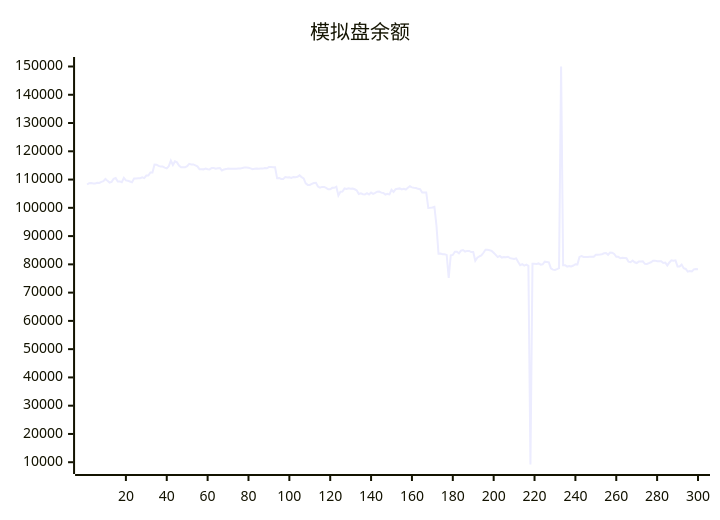
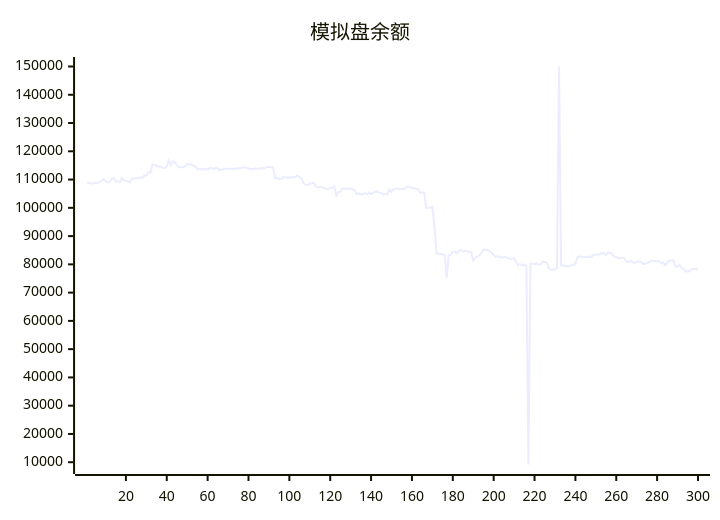
The diagram in README.md (aahl/ai-trading), drawn with Mermaid before and after one commit. The commit also changed other lines of this file and 1 other file, not shown here.

````diff
--- a/README.md
+++ b/README.md
@@ -5,5 +5,5 @@
 ```mermaid
 xychart
     title "模拟盘余额"
-    line [108262,108718,108752,108644,108644,108863,108823,109162,109419,110224,109539,108945,109172,110262,110546,109304,109343,109053,110606,109702,109584,109337,109071,110342,110342,110488,110488,110814,110531,111421,111421,112518,112522,115341,115266,114830,114584,114588,114231,113973,114726,116697,115160,116423,116083,114950,114365,114365,114388,114730,115582,115358,115358,115032,114686,113688,113688,113610,113930,113672,113585,114083,114074,113840,113996,114051,113208,113593,113701,113901,113794,113784,113810,113848,113927,113929,114064,114232,114293,114144,113960,113698,113853,113942,113812,113908,113877,114091,113998,114427,114422,114384,114384,110477,110576,110198,110198,110890,110712,110812,110569,110929,110847,110968,111478,110870,110433,108661,108116,108115,108485,108797,108877,107536,107134,107393,107393,107046,106565,106565,107081,107081,107478,104404,105715,105749,106866,106651,106889,106771,106816,106565,106141,104876,105103,104796,104734,105169,104690,105380,104941,105272,105709,105739,105374,105227,104691,104924,104762,106364,105628,106608,106748,106872,106485,106721,106468,107132,107620,107224,107080,107001,106717,106567,105431,105431,105440,99950,100017,100113,100337,93749,83795,83807,83567,83567,83342,75168,83222,83336,84448,84449,83896,84839,85065,84499,84757,84757,84364,84347,81254,82385,82835,83184,84099,85150,85150,85002,84751,84096,83356,82582,82983,82404,82572,82512,82688,82200,82047,81920,82125,80840,79688,80060,79552,79920,79470,9193,80236,80208,80170,80336,79894,80006,80954,80837,80712,78561,78139,78037,78293,78682,150000,79720,79720,79214,79372,79279,79591,80046,79993,82625,82950,82626,82571,82633,82670,82670,82681,83386,83378,83464,83579,83920,84037,83402,84160,84142,83652,82655,82655,82145,82315,82243,82163,80934,80770,81371,80742,80468,80989,80989,81067,80191,80155,80450,80737,81309,81309,81106,81119,81119,80471,80631,79624,80670,81448,81290,81429,79212,79222,79940,78643,78380,77432,77623,77504,78235,78358,78284]
+    line [108718,108752,108644,108644,108863,108823,109162,109419,110224,109539,108945,109172,110262,110546,109304,109343,109053,110606,109702,109584,109337,109071,110342,110342,110488,110488,110814,110531,111421,111421,112518,112522,115341,115266,114830,114584,114588,114231,113973,114726,116697,115160,116423,116083,114950,114365,114365,114388,114730,115582,115358,115358,115032,114686,113688,113688,113610,113930,113672,113585,114083,114074,113840,113996,114051,113208,113593,113701,113901,113794,113784,113810,113848,113927,113929,114064,114232,114293,114144,113960,113698,113853,113942,113812,113908,113877,114091,113998,114427,114422,114384,114384,110477,110576,110198,110198,110890,110712,110812,110569,110929,110847,110968,111478,110870,110433,108661,108116,108115,108485,108797,108877,107536,107134,107393,107393,107046,106565,106565,107081,107081,107478,104404,105715,105749,106866,106651,106889,106771,106816,106565,106141,104876,105103,104796,104734,105169,104690,105380,104941,105272,105709,105739,105374,105227,104691,104924,104762,106364,105628,106608,106748,106872,106485,106721,106468,107132,107620,107224,107080,107001,106717,106567,105431,105431,105440,99950,100017,100113,100337,93749,83795,83807,83567,83567,83342,75168,83222,83336,84448,84449,83896,84839,85065,84499,84757,84757,84364,84347,81254,82385,82835,83184,84099,85150,85150,85002,84751,84096,83356,82582,82983,82404,82572,82512,82688,82200,82047,81920,82125,80840,79688,80060,79552,79920,79470,9193,80236,80208,80170,80336,79894,80006,80954,80837,80712,78561,78139,78037,78293,78682,150000,79720,79720,79214,79372,79279,79591,80046,79993,82625,82950,82626,82571,82633,82670,82670,82681,83386,83378,83464,83579,83920,84037,83402,84160,84142,83652,82655,82655,82145,82315,82243,82163,80934,80770,81371,80742,80468,80989,80989,81067,80191,80155,80450,80737,81309,81309,81106,81119,81119,80471,80631,79624,80670,81448,81290,81429,79212,79222,79940,78643,78380,77432,77623,77504,78235,78358,78284,78277]
 ```
````
